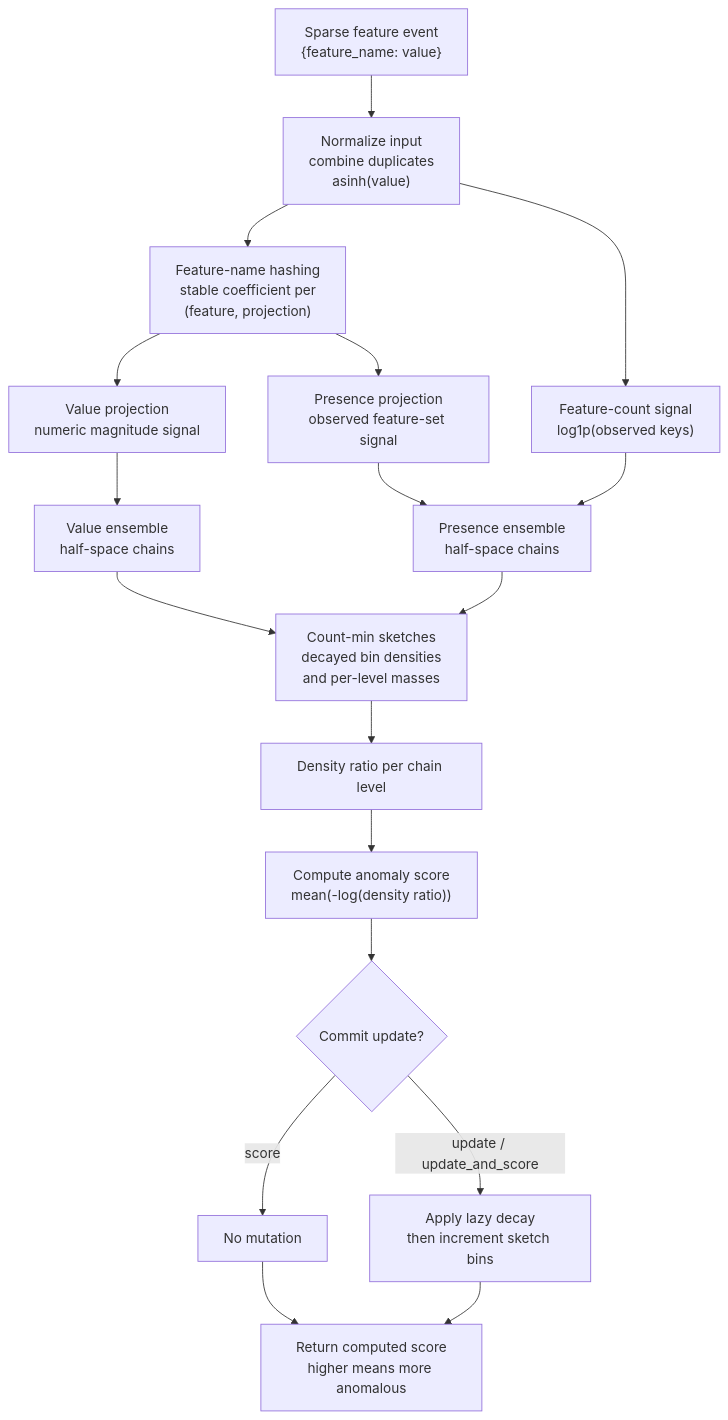
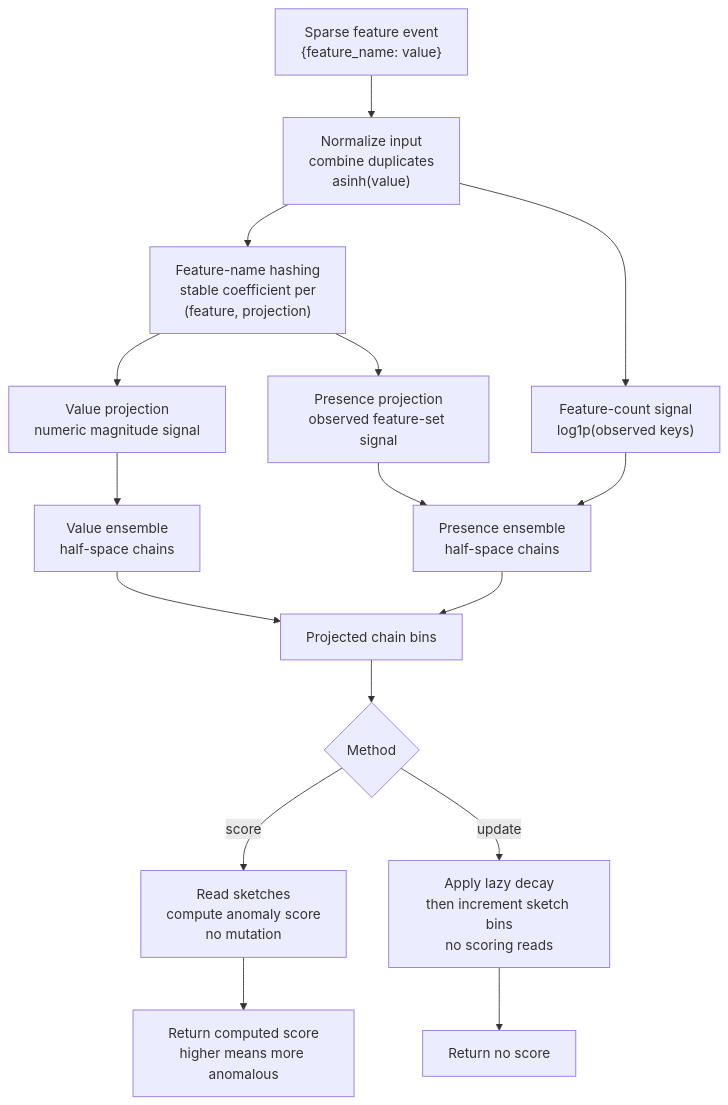
One commit to Bing-su/rcf3 changed the first of 2 diagrams in research/featuresketch.md. Above: the diagram before and after it, drawn with Mermaid. The commit also changed other lines of this file, not shown here.

Commit message:
research(featuresketch): add complexity, remove update_and_score

````diff
--- a/research/featuresketch.md
+++ b/research/featuresketch.md
@@ -132,20 +132,18 @@
 ```mermaid
 flowchart TD
     A["Sparse feature event<br/>{feature_name: value}"] --> B["Normalize input<br/>combine duplicates<br/>asinh(value)"]
     B --> C["Feature-name hashing<br/>stable coefficient per<br/>(feature, projection)"]
     C --> D["Value projection<br/>numeric magnitude signal"]
     C --> E["Presence projection<br/>observed feature-set signal"]
     B --> F["Feature-count signal<br/>log1p(observed keys)"]
     D --> G["Value ensemble<br/>half-space chains"]
     E --> H["Presence ensemble<br/>half-space chains"]
     F --> H
-    G --> I["Count-min sketches<br/>decayed bin densities<br/>and per-level masses"]
+    G --> I["Projected chain bins"]
     H --> I
-    I --> J["Density ratio per chain level"]
-    J --> K["Compute anomaly score<br/>mean(-log(density ratio))"]
-    K --> L{"Commit update?"}
-    L -->|score| M["No mutation"]
-    L -->|update / update_and_score| N["Apply lazy decay<br/>then increment sketch bins"]
-    M --> O["Return computed score<br/>higher means more anomalous"]
-    N --> O
+    I --> J{"Method"}
+    J -->|score| K["Read sketches<br/>compute anomaly score<br/>no mutation"]
+    J -->|update| L["Apply lazy decay<br/>then increment sketch bins<br/>no scoring reads"]
+    K --> M["Return computed score<br/>higher means more anomalous"]
+    L --> N["Return no score"]
 ```
````
